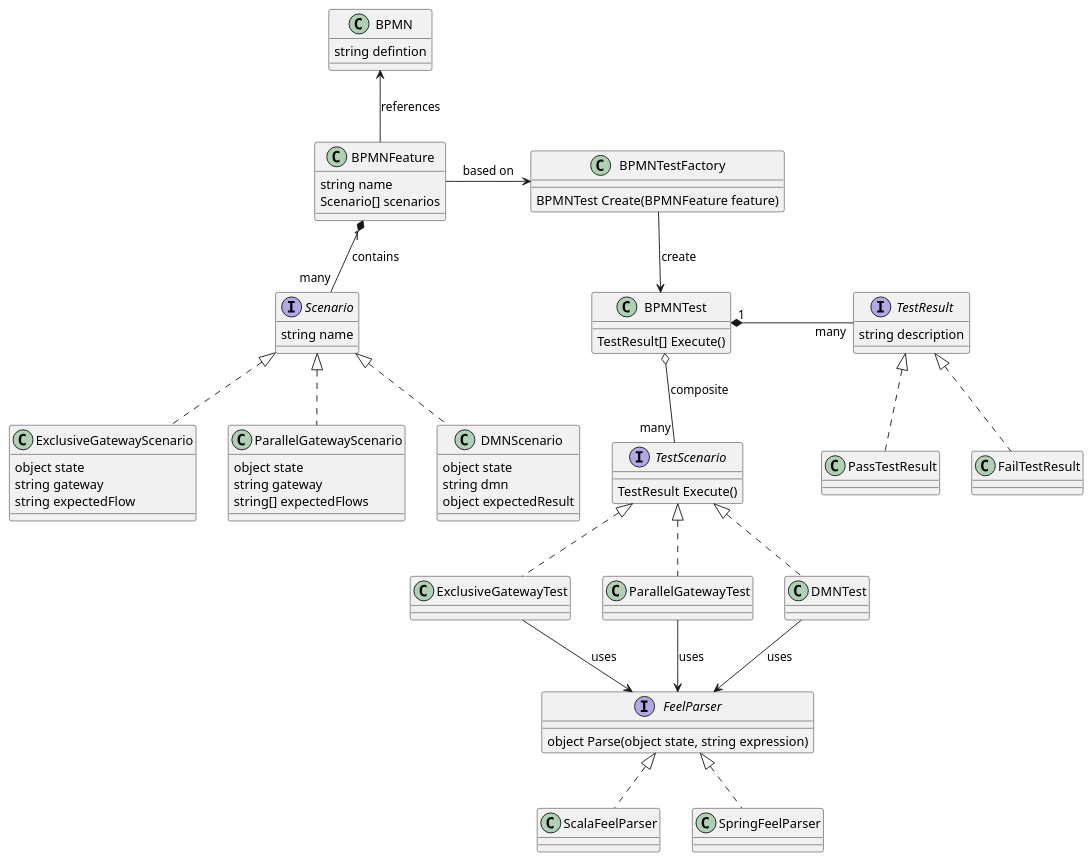
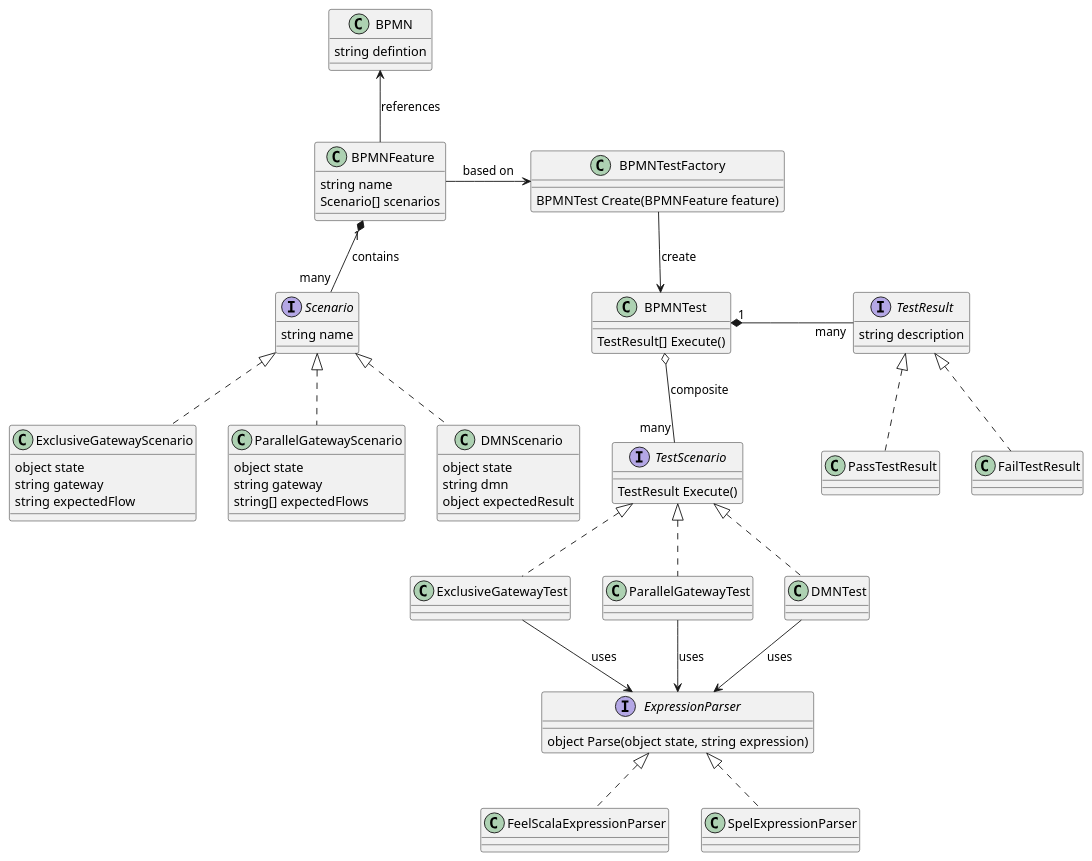
The diagram in class.diagram.puml (biz-dev-ops/bpmn-tester), drawn with PlantUML before and after one commit. The commit also changed 1 other file, not shown here.

Commit message:
changed parser names

```diff
--- a/class.diagram.puml
+++ b/class.diagram.puml
@@ -1,84 +1,84 @@
 @startuml
 
 class BPMN {
   string defintion
 }
 
 class BPMNFeature {
   string name
   Scenario[] scenarios
 }
 
 interface Scenario {
   string name
 }
 
 class ExclusiveGatewayScenario {
   object state
   string gateway
   string expectedFlow
 }
 
 class ParallelGatewayScenario {
   object state
   string gateway
   string[] expectedFlows
 }
 
 class DMNScenario {  
   object state
   string dmn
   object expectedResult
 }
 
 class BPMNTestFactory
 {
   BPMNTest Create(BPMNFeature feature)
 }
 
 class BPMNTest
 {
   TestResult[] Execute()
 }
 
 interface TestResult
 {
   string description  
 }
 
 interface TestScenario {
   TestResult Execute()
 }
 
-interface FeelParser {
+interface ExpressionParser {
     object Parse(object state, string expression)
 }
 
 
 BPMN <-- BPMNFeature : references
 BPMNFeature "1" *-- "many" Scenario : contains
 
 Scenario <|.. ExclusiveGatewayScenario
 Scenario <|.. ParallelGatewayScenario
 Scenario <|.. DMNScenario
 
 BPMNFeature -> BPMNTestFactory : based on
 BPMNTestFactory --> BPMNTest : create
 BPMNTest "1" *- "many" TestResult : "                             "
 TestResult <|.. PassTestResult
 TestResult <|.. FailTestResult
 
 BPMNTest o-- "many" TestScenario : composite
 
 TestScenario <|.. ExclusiveGatewayTest
 TestScenario <|.. ParallelGatewayTest
 TestScenario <|.. DMNTest
 
-ExclusiveGatewayTest --> FeelParser : uses
-ParallelGatewayTest --> FeelParser : uses
-DMNTest --> FeelParser : uses
+ExclusiveGatewayTest --> ExpressionParser : uses
+ParallelGatewayTest --> ExpressionParser : uses
+DMNTest --> ExpressionParser : uses
 
-FeelParser <|.. ScalaFeelParser
-FeelParser <|.. SpringFeelParser
+ExpressionParser <|.. FeelScalaExpressionParser
+ExpressionParser <|.. SpelExpressionParser
 
 @enduml
```
